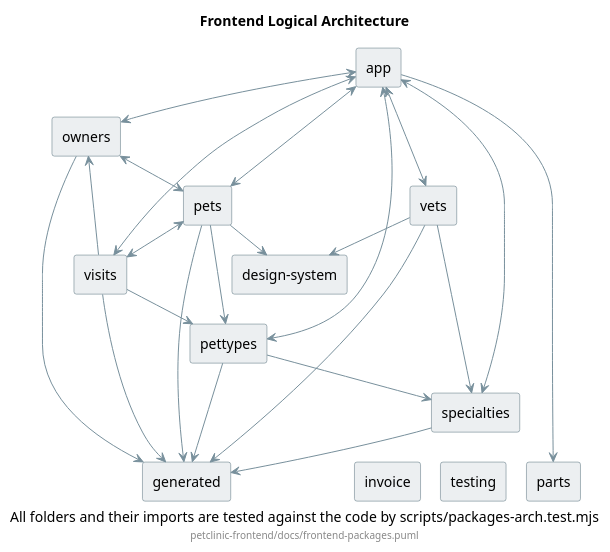
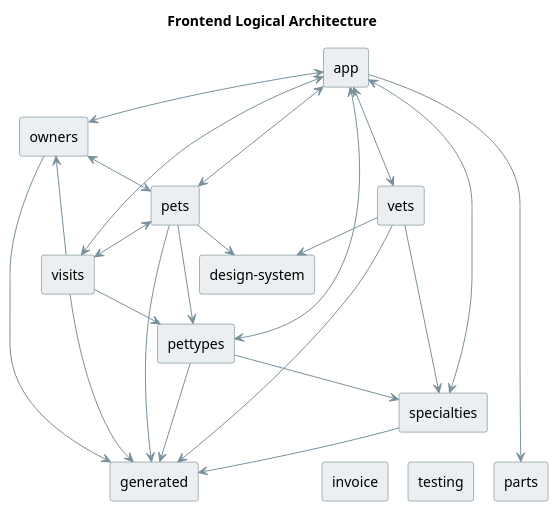
One commit to victorrentea/petclinic changed the diagram in petclinic-frontend/docs/frontend-packages.puml. Above: the diagram before and after it, drawn with PlantUML.

Commit message:
chore(pages): mirror main@78f5439

```diff
--- a/petclinic-frontend/docs/frontend-packages.puml
+++ b/petclinic-frontend/docs/frontend-packages.puml
@@ -1,77 +1,75 @@
 @startuml
 
 title Frontend Logical Architecture
-caption All folders and their imports are tested against the code by scripts/packages-arch.test.mjs
-footer petclinic-frontend/docs/frontend-packages.puml
 
 skinparam shadowing false
 ' the review page themes this colour for dark mode (--dgm-link)
 skinparam hyperlinkColor #1A4FA0
 skinparam componentStyle rectangle
 skinparam nodesep 20
 ' the stereotype is the box's folder, relative to petclinic-frontend/, which the test and the
 ' review page read; it is hidden so the folder is not printed under its name.
 ' A file belongs to the box with the deepest folder containing it.
 ' Only production .ts counts (*.spec.ts is skipped, like ArchUnit's DoNotIncludeTests).
 ' testing/ keeps its box: its stubs are non-spec files, imported by specs alone.
 ' Imports leaving src/app (../environments) are not boxes and are not checked.
 hide stereotype
 skinparam ranksep 30
 <style>
 component {
   BackGroundColor #ECEFF1
   LineColor #546E7A
 }
 arrow {
   LineColor #78909C
 }
 </style>
 
 [app] <<src/app>>
 [owners] <<src/app/owners>>
 [vets] <<src/app/vets>>
 [pets] <<src/app/pets>>
 [visits] <<src/app/visits>>
 [pettypes] <<src/app/pettypes>>
 [specialties] <<src/app/specialties>>
 [parts] <<src/app/parts>>
 [invoice] <<src/app/invoice>>
 [design-system] <<src/app/design-system>>
 [generated] <<src/app/generated>>
 [testing] <<src/app/testing>>
 
 ' <--> is two arrows, one each way: the test reads it as both dependencies.
 ' Every feature module is registered by app.module, and every feature service
 ' takes HttpErrorHandler from the root error.service.
 [app] <--> [owners]
 [app] <--> [pets]
 [app] <--> [visits]
 [app] <--> [vets]
 [app] <--> [pettypes]
 [app] <--> [specialties]
 [app] --> [parts]
 
 [owners] <--> [pets]
 [pets] <--> [visits]
 [visits] --> [owners]
 [pets] --> [pettypes]
 [visits] --> [pettypes]
 [pettypes] --> [specialties]
 [vets] --> [specialties]
 
 [pets] --> [design-system]
 [vets] --> [design-system]
 
 [owners] --> [generated]
 [pets] --> [generated]
 [visits] --> [generated]
 [pettypes] --> [generated]
 [specialties] --> [generated]
 [vets] --> [generated]
 
 ' layout only, ignored by the test: shared and unused boxes on the bottom row
 [specialties] -[hidden]-> [parts]
 [specialties] -[hidden]-> [invoice]
 [specialties] -[hidden]-> [testing]
 
 @enduml
```
